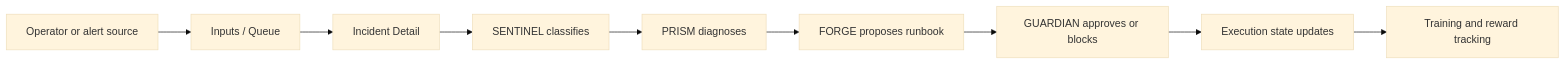
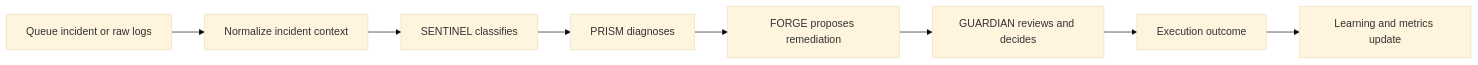
Before and after one commit to kunalkachru/nexus-v2: the first of 5 diagrams in docs/VISUAL_ARCHITECTURE_AND_FLOWS.md, drawn with Mermaid (base theme). The commit also changed other lines of this file and 6 other files, not shown here.

````diff
--- a/docs/VISUAL_ARCHITECTURE_AND_FLOWS.md
+++ b/docs/VISUAL_ARCHITECTURE_AND_FLOWS.md
@@ -33,11 +44,10 @@
 ```mermaid
 flowchart LR
-    A["Operator or alert source"] --> B["Inputs / Queue"]
-    B --> C["Incident Detail"]
-    C --> D["SENTINEL classifies"]
-    D --> E["PRISM diagnoses"]
-    E --> F["FORGE proposes runbook"]
-    F --> G["GUARDIAN approves or blocks"]
-    G --> H["Execution state updates"]
-    H --> I["Training and reward tracking"]
+    A["Queue incident or raw logs"] --> B["Normalize incident context"]
+    B --> C["SENTINEL classifies"]
+    C --> D["PRISM diagnoses"]
+    D --> E["FORGE proposes remediation"]
+    E --> F["GUARDIAN reviews and decides"]
+    F --> G["Execution outcome"]
+    G --> H["Learning and metrics update"]
 ```
````
